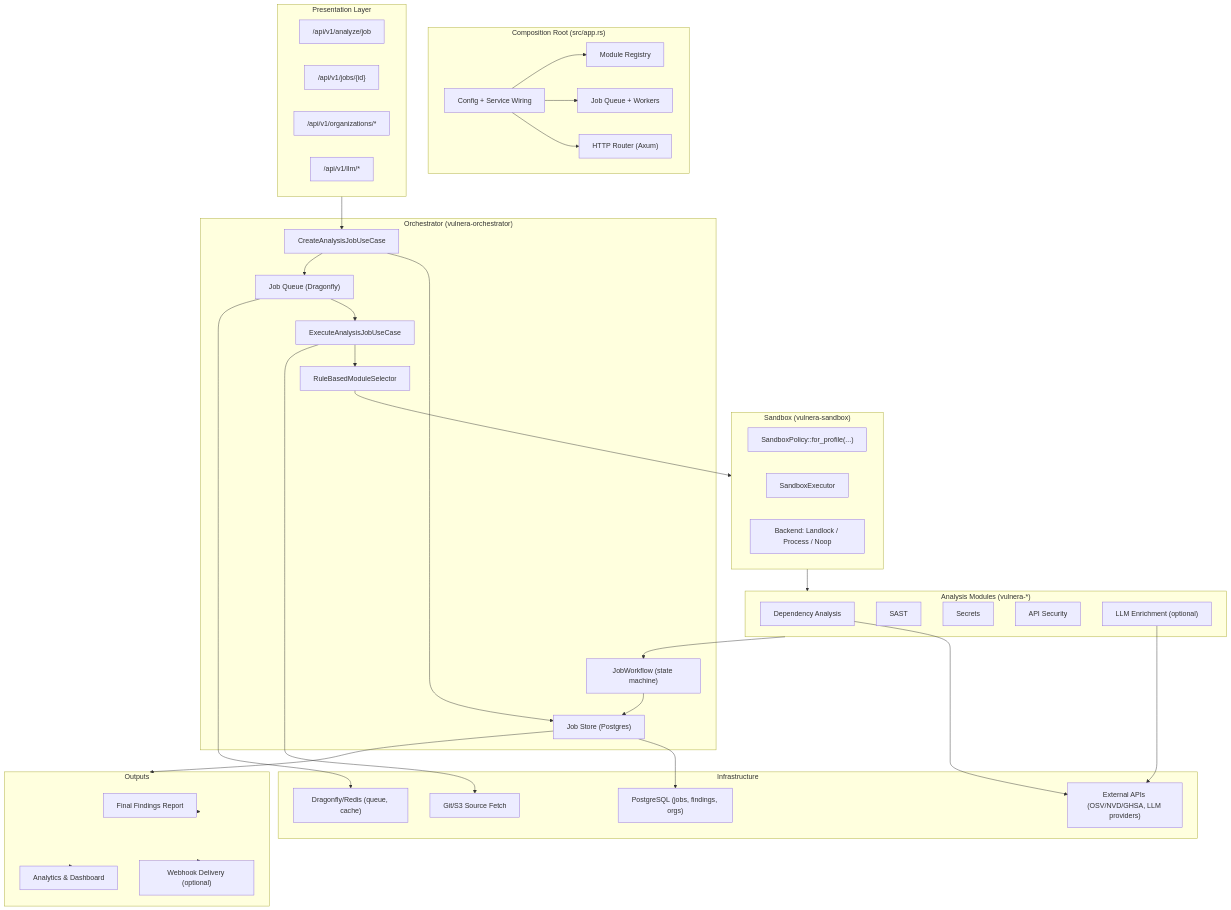
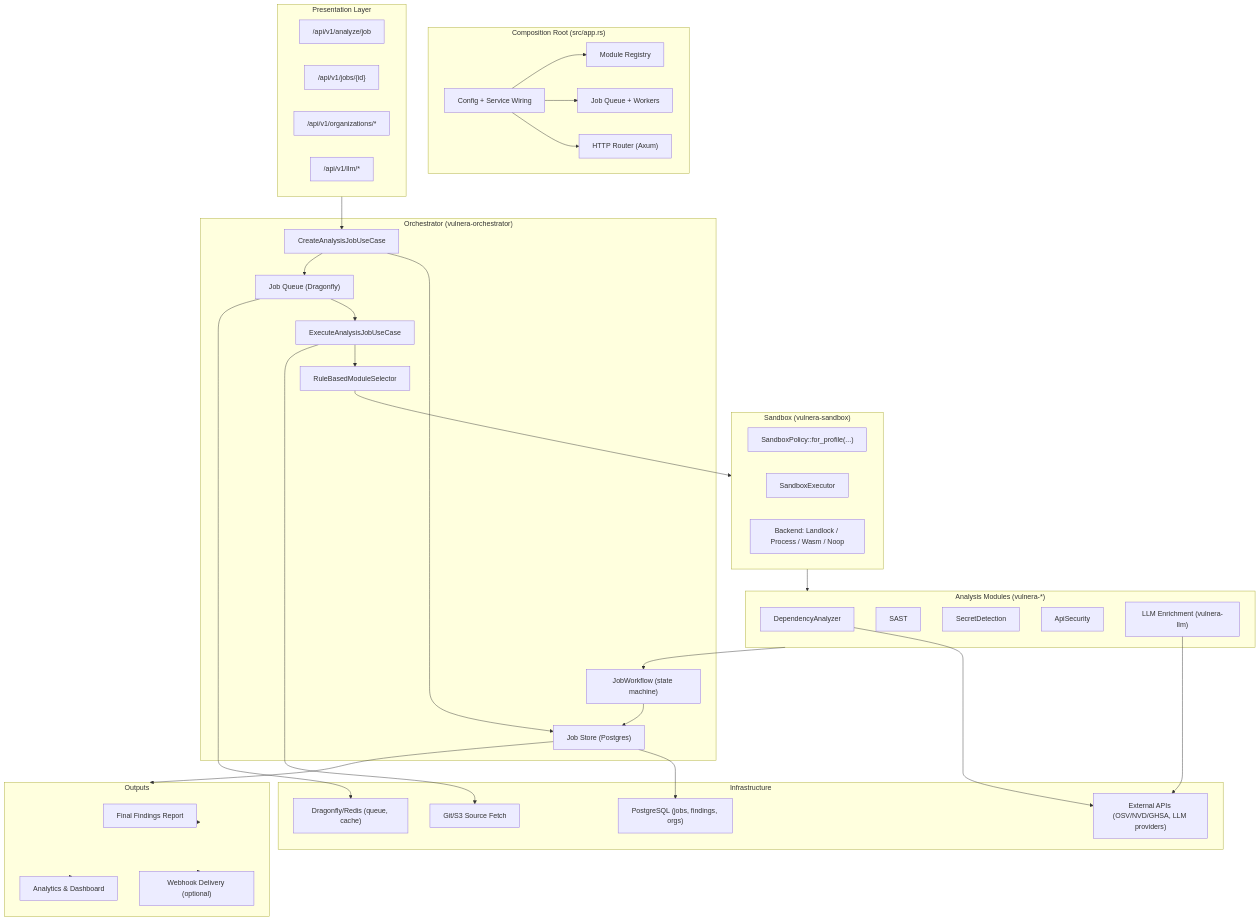
One commit to Vulnera-rs/Vulnera changed the diagram in docs/arch.mmd. Above: the diagram before and after it, drawn with Mermaid. The commit also changed 18 other files, not shown here.

```diff
--- a/docs/arch.mmd
+++ b/docs/arch.mmd
@@ -1,78 +1,78 @@
 flowchart TD
   %% Vulnera job-based orchestration architecture (current)
   subgraph CR["Composition Root (src/app.rs)"]
     CR1["Config + Service Wiring"]
     CR2["Module Registry"]
     CR3["Job Queue + Workers"]
     CR4["HTTP Router (Axum)"]
   end
 
   subgraph HTTP["Presentation Layer"]
     H1["/api/v1/analyze/job"]
     H2["/api/v1/jobs/{id}"]
     H3["/api/v1/organizations/*"]
     H4["/api/v1/llm/*"]
   end
 
   subgraph ORCH["Orchestrator (vulnera-orchestrator)"]
     O1["CreateAnalysisJobUseCase"]
     O2["Job Store (Postgres)"]
     O3["Job Queue (Dragonfly)"]
     O4["RuleBasedModuleSelector"]
     O5["ExecuteAnalysisJobUseCase"]
     O6["JobWorkflow (state machine)"]
   end
 
   subgraph SANDBOX["Sandbox (vulnera-sandbox)"]
     S1["SandboxPolicy::for_profile(...)"]
     S2["SandboxExecutor"]
-    S3["Backend: Landlock / Process / Noop"]
+    S3["Backend: Landlock / Process / Wasm / Noop"]
   end
 
   subgraph MODULES["Analysis Modules (vulnera-*)"]
-    M1["Dependency Analysis"]
+    M1["DependencyAnalyzer"]
     M2["SAST"]
-    M3["Secrets"]
-    M4["API Security"]
-    M5["LLM Enrichment (optional)"]
+    M3["SecretDetection"]
+    M4["ApiSecurity"]
+    M5["LLM Enrichment (vulnera-llm)"]
   end
 
   subgraph INFRA["Infrastructure"]
     I1["PostgreSQL (jobs, findings, orgs)"]
     I2["Dragonfly/Redis (queue, cache)"]
     I3["External APIs (OSV/NVD/GHSA, LLM providers)"]
     I4["Git/S3 Source Fetch"]
   end
 
   subgraph OUT["Outputs"]
     R1["Final Findings Report"]
     R2["Webhook Delivery (optional)"]
     R3["Analytics & Dashboard"]
   end
 
   CR1 --> CR2
   CR1 --> CR3
   CR1 --> CR4
 
   HTTP --> O1
   O1 --> O2
   O1 --> O3
 
   O3 --> O5
   O5 --> O4
   O4 --> SANDBOX
   SANDBOX --> MODULES
 
   MODULES --> O6
   O6 --> O2
   O2 --> OUT
 
   M1 --> I3
   M5 --> I3
   O5 --> I4
   O2 --> I1
   O3 --> I2
 
   OUT --> R1
   OUT --> R2
   OUT --> R3
```
